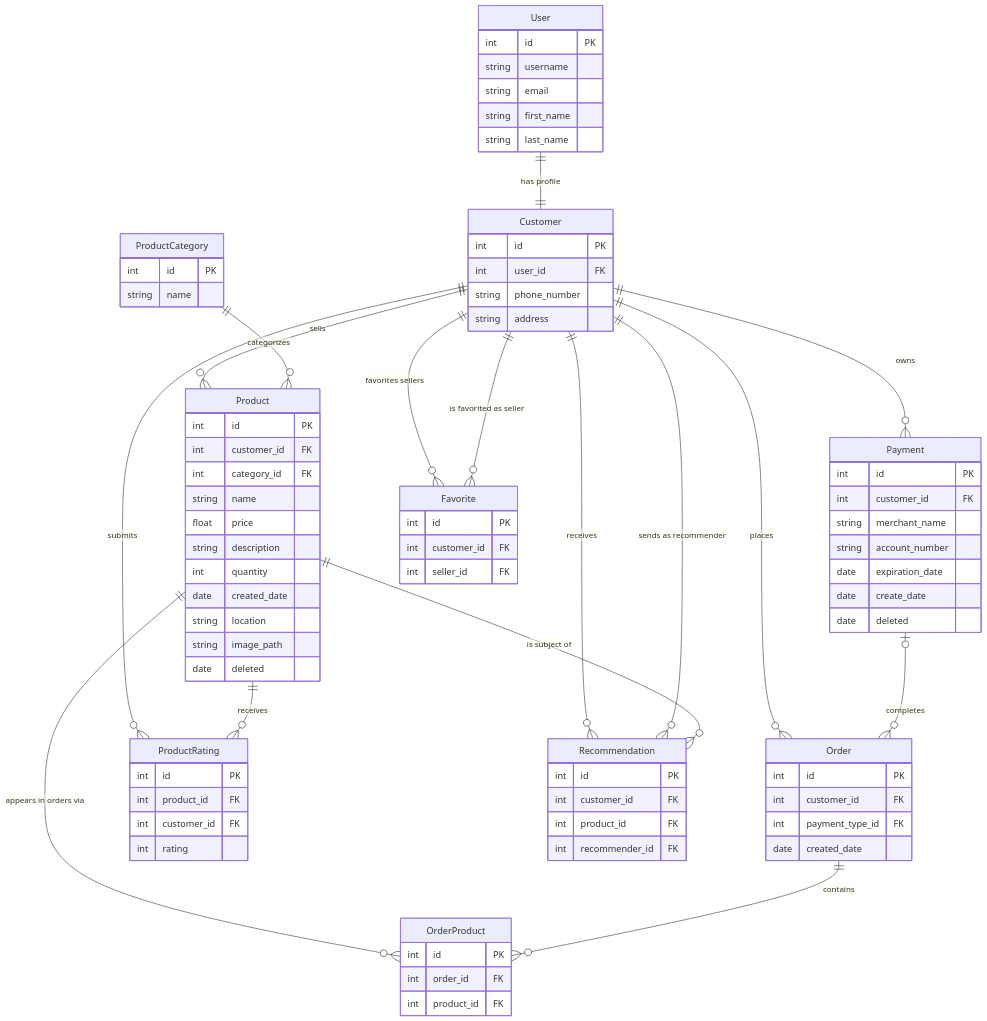
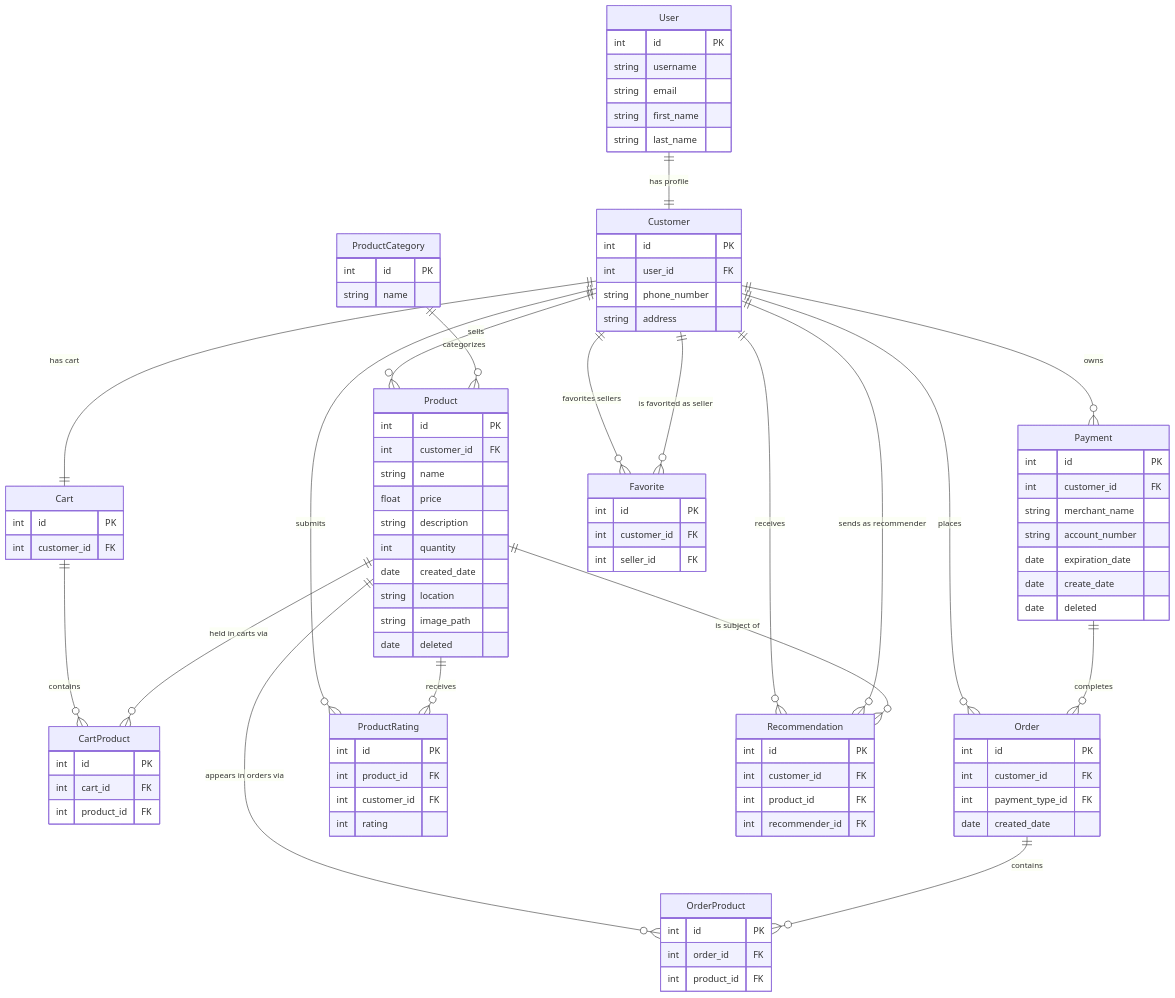
The second of 2 diagrams in dev-docs/ARCHITECTURE.md (Evening-Cohort-31/Bangazon-api-kmwmvp), drawn with Mermaid before and after one commit. The commit also changed other lines of this file and 15 other files, not shown here.

Commit message:
More changes for refactored Cart and Order functionality. Introduced CartProduct model to fully separate cart and order.

````diff
--- a/dev-docs/ARCHITECTURE.md
+++ b/dev-docs/ARCHITECTURE.md
@@ -120,7 +130,6 @@
     Product {
         int id PK
         int customer_id FK
-        int category_id FK
         string name
         float price
         string description
@@ -129,6 +138,15 @@
         string location
         string image_path
         date deleted
+    }
+    Cart {
+        int id PK
+        int customer_id FK
+    }
+    CartProduct {
+        int id PK
+        int cart_id FK
+        int product_id FK
     }
     Order {
         int id PK
@@ -169,6 +187,7 @@
     }
 
     User ||--|| Customer : "has profile"
+    Customer ||--|| Cart : "has cart"
     Customer ||--o{ Product : "sells"
     Customer ||--o{ Order : "places"
     Customer ||--o{ Payment : "owns"
@@ -178,9 +197,11 @@
     Customer ||--o{ Favorite : "favorites sellers"
     Customer ||--o{ Favorite : "is favorited as seller"
     ProductCategory ||--o{ Product : "categorizes"
+    Cart ||--o{ CartProduct : "contains"
+    Product ||--o{ CartProduct : "held in carts via"
     Product ||--o{ OrderProduct : "appears in orders via"
     Product ||--o{ ProductRating : "receives"
     Product ||--o{ Recommendation : "is subject of"
     Order ||--o{ OrderProduct : "contains"
-    Payment |o--o{ Order : "completes"
+    Payment ||--o{ Order : "completes"
 ```
````
